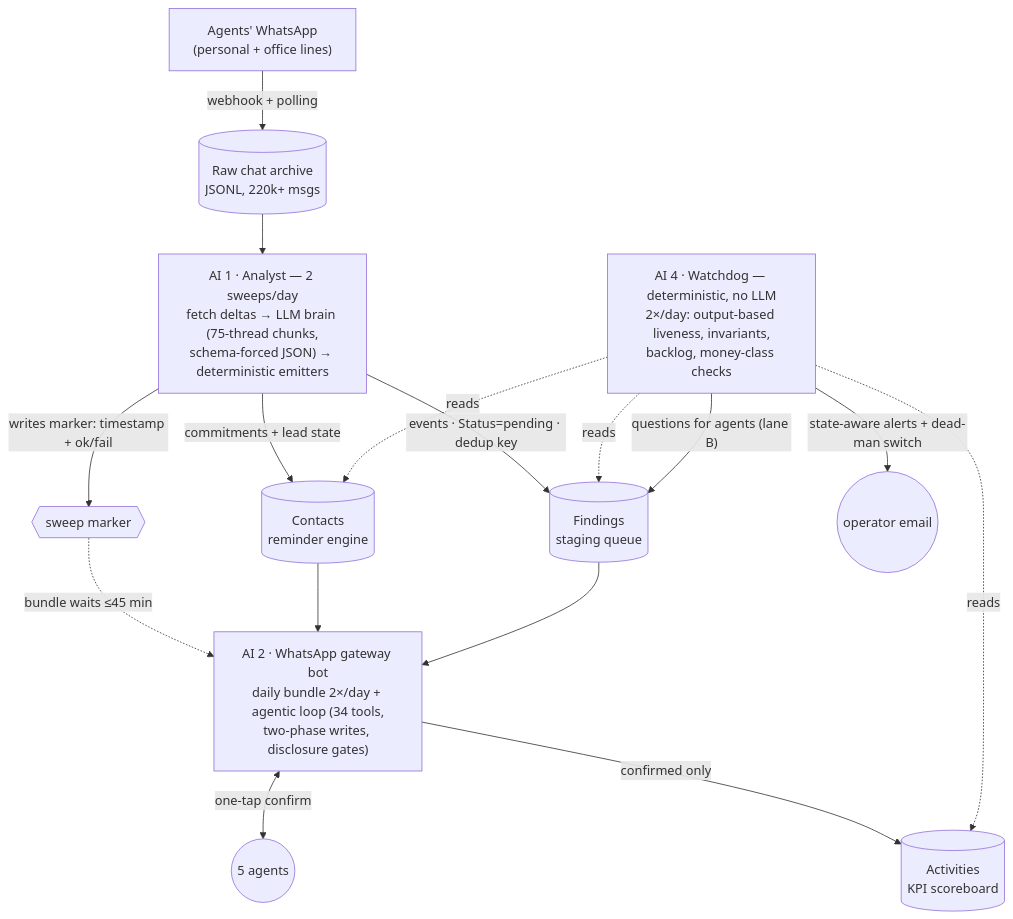
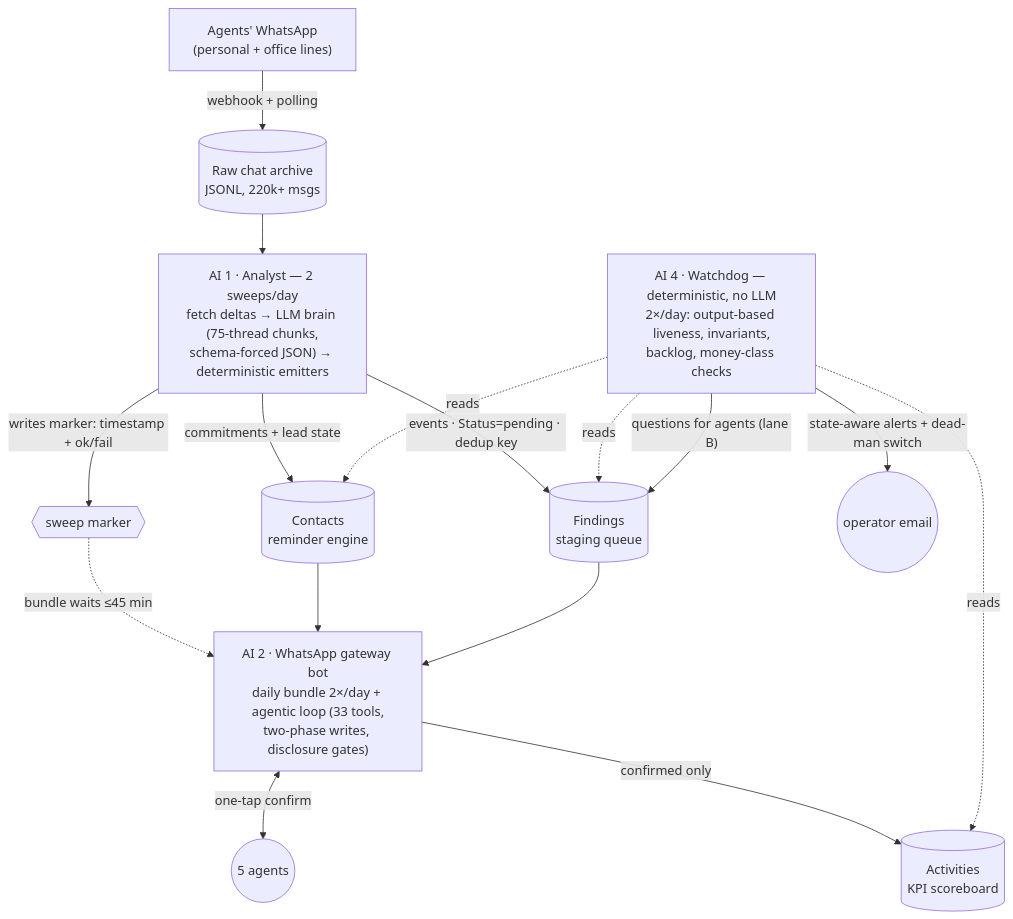
Before and after one commit to kaylaelishevaa/chat-to-crm: the first of 2 diagrams in README.md, drawn with Mermaid. The commit also changed other lines of this file and 1 other file, not shown here.

````diff
--- a/README.md
+++ b/README.md
@@ -36,18 +36,18 @@
 ```mermaid
 flowchart TB
   WA["Agents' WhatsApp<br/>(personal + office lines)"] -->|webhook + polling| ARC[("Raw chat archive<br/>JSONL, 220k+ msgs")]
   ARC --> A1["AI 1 · Analyst — 2 sweeps/day<br/>fetch deltas → LLM brain (75-thread chunks,<br/>schema-forced JSON) → deterministic emitters"]
   A1 -->|"commitments + lead state"| C[("Contacts<br/>reminder engine")]
   A1 -->|"events · Status=pending · dedup key"| F[("Findings<br/>staging queue")]
   A1 -->|"writes marker: timestamp + ok/fail"| MK{{"sweep marker"}}
   MK -.->|"bundle waits ≤45 min"| A2
   C --> A2
   F --> A2
-  A2["AI 2 · WhatsApp gateway bot<br/>daily bundle 2×/day + agentic loop (34 tools,<br/>two-phase writes, disclosure gates)"] <-->|"one-tap confirm"| AG(("5 agents"))
+  A2["AI 2 · WhatsApp gateway bot<br/>daily bundle 2×/day + agentic loop (33 tools,<br/>two-phase writes, disclosure gates)"] <-->|"one-tap confirm"| AG(("5 agents"))
   A2 -->|"confirmed only"| ACT[("Activities<br/>KPI scoreboard")]
   W["AI 4 · Watchdog — deterministic, no LLM<br/>2×/day: output-based liveness, invariants,<br/>backlog, money-class checks"] -.->|reads| C
   W -.->|reads| F
   W -.->|reads| ACT
   W -->|"questions for agents (lane B)"| F
   W -->|"state-aware alerts + dead-man switch"| OP(("operator email"))
 ```
````
